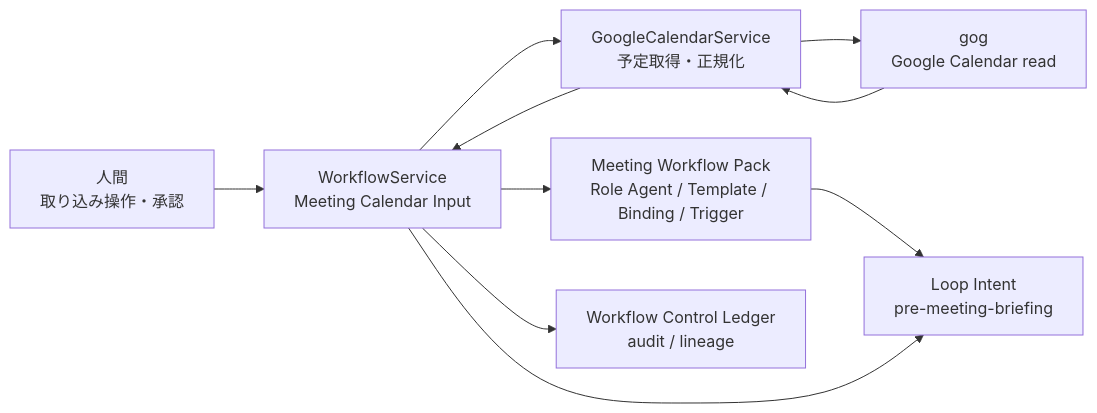
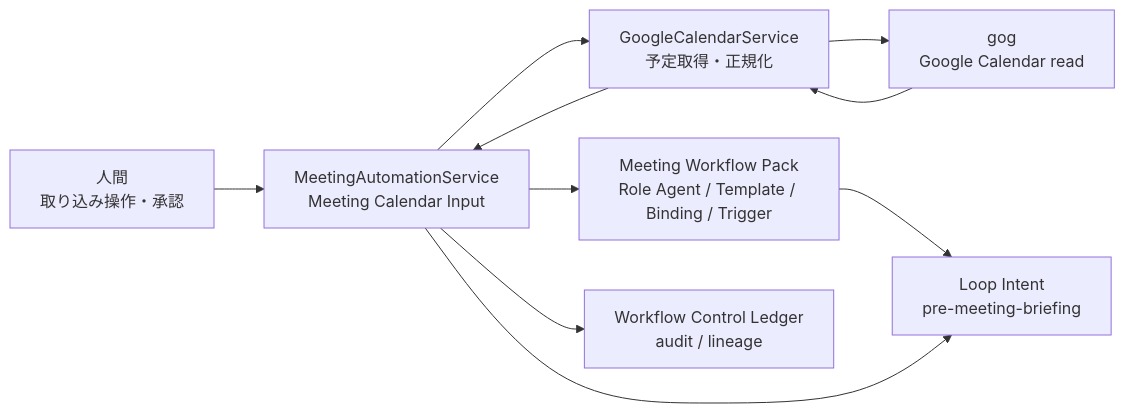
The diagram in docs/architecture/meeting-workflow-calendar-input-architecture.md (Unson-LLC/brainbase), drawn with Mermaid before and after one commit. The commit also changed other lines of this file and 60 other files, not shown here.

````diff
--- a/docs/architecture/meeting-workflow-calendar-input-architecture.md
+++ b/docs/architecture/meeting-workflow-calendar-input-architecture.md
@@ -11,20 +11,20 @@
 ```mermaid
 flowchart LR
   human["人間<br/>取り込み操作・承認"]
   gog["gog<br/>Google Calendar read"]
   calendarService["GoogleCalendarService<br/>予定取得・正規化"]
-  workflowService["WorkflowService<br/>Meeting Calendar Input"]
+  workflowService["MeetingAutomationService<br/>Meeting Calendar Input"]
   pack["Meeting Workflow Pack<br/>Role Agent / Template / Binding / Trigger"]
   loopIntent["Loop Intent<br/>pre-meeting-briefing"]
   ledger["Workflow Control Ledger<br/>audit / lineage"]
 
   human --> workflowService
   workflowService --> calendarService
   calendarService --> gog
   gog --> calendarService
   workflowService --> pack
   pack --> loopIntent
   calendarService --> workflowService
   workflowService --> loopIntent
   workflowService --> ledger
 ```
````
